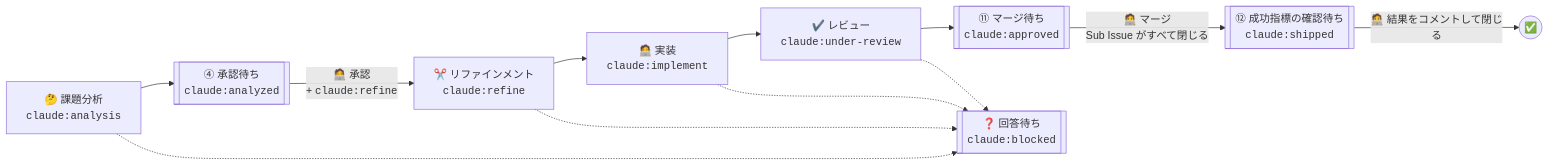
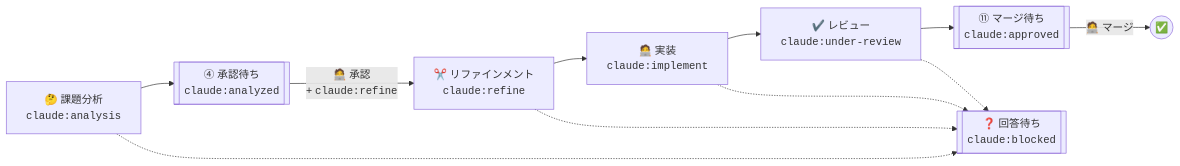
The third of 3 diagrams in README.md (theindiehacker/fastship-plugin), drawn with Mermaid before and after one commit. The commit also changed other lines of this file and 9 other files, not shown here.

````diff
--- a/README.md
+++ b/README.md
@@ -177,10 +170,9 @@
 ```mermaid
 flowchart LR
     analysis["🤔 課題分析<br/><code>claude:analysis</code>"] --> analyzed[["④ 承認待ち<br/><code>claude:analyzed</code>"]]
     analyzed -->|🧑‍💻 承認<br/>+ <code>claude:refine</code>| refine["✂️ リファインメント<br/><code>claude:refine</code>"]
     refine --> implement["🧑‍💻 実装<br/><code>claude:implement</code>"] --> review["✔️ レビュー<br/><code>claude:under-review</code>"]
     review --> approved[["⑪ マージ待ち<br/><code>claude:approved</code>"]]
-    approved -->|🧑‍💻 マージ<br/>Sub Issue がすべて閉じる| shipped[["⑫ 成功指標の確認待ち<br/><code>claude:shipped</code>"]]
-    shipped -->|🧑‍💻 結果をコメントして閉じる| done(("✅"))
+    approved -->|🧑‍💻 マージ| done(("✅"))
     analysis & refine & implement & review -.-> blocked[["❓ 回答待ち<br/><code>claude:blocked</code>"]]
 ```
````
